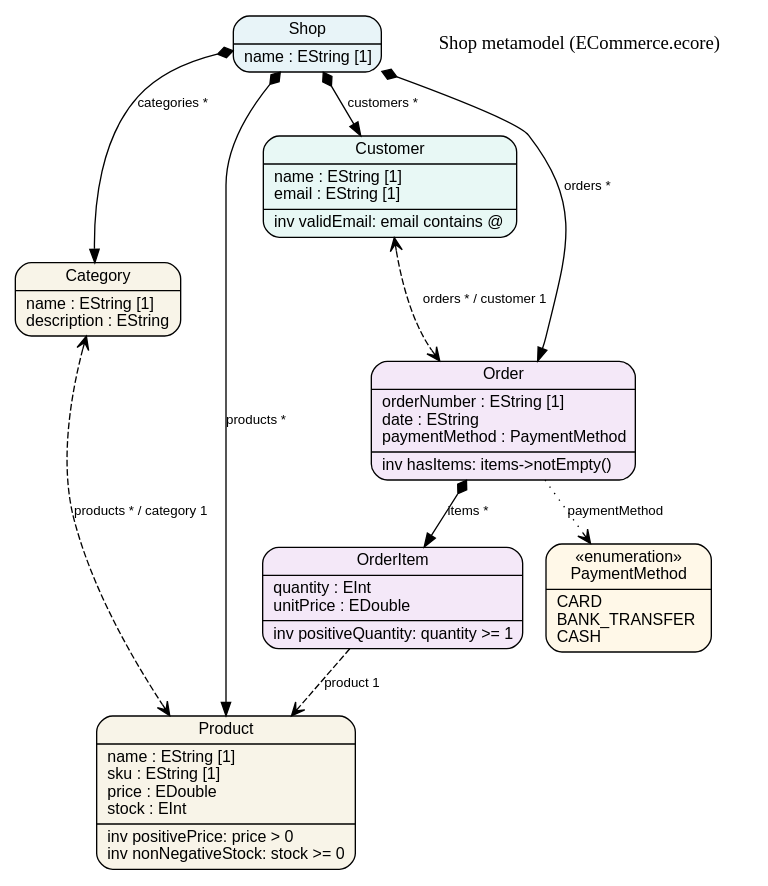
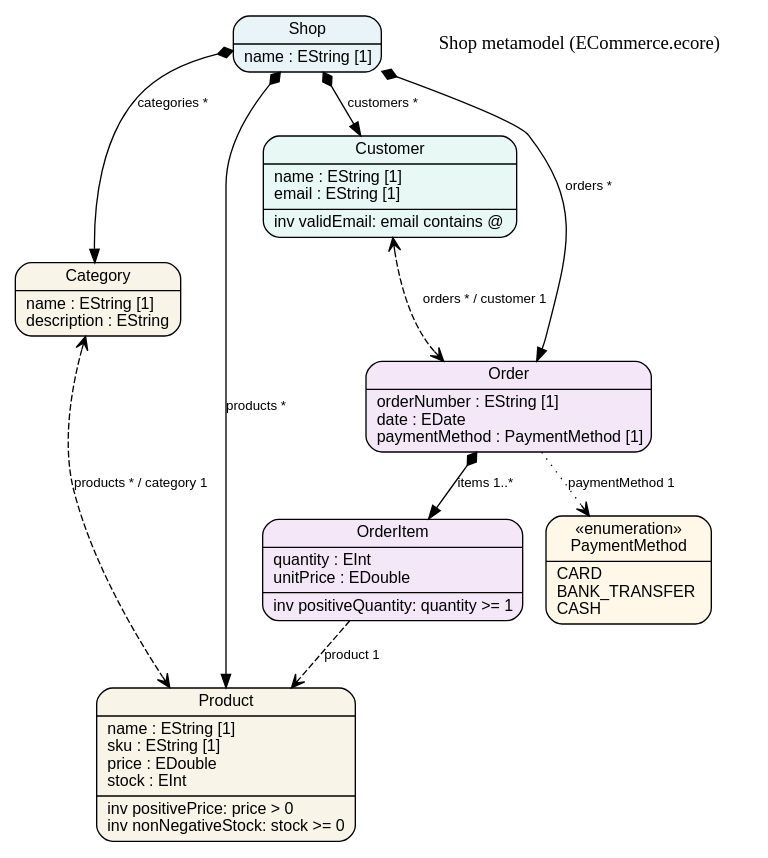
Before and after one commit to mipalgu/swift-modelling: the diagram in Sources/SwiftModelling/SwiftModelling.docc/Resources/ecommerce-metamodel.dot, drawn with Graphviz. The commit also changed 16 other files, not shown here.

```diff
--- a/Sources/SwiftModelling/SwiftModelling.docc/Resources/ecommerce-metamodel.dot
+++ b/Sources/SwiftModelling/SwiftModelling.docc/Resources/ecommerce-metamodel.dot
@@ -1,27 +1,27 @@
 digraph EcommerceMetamodel {
     bgcolor="white"
     fontname="Arial"
     rankdir=TB
     node [shape=record, style="filled,rounded", fontname="Arial", fontsize=12]
     edge [fontname="Arial", fontsize=10]
 
     shop [label="{Shop|name : EString [1]\l}" fillcolor="#e8f4f8"]
     category [label="{Category|name : EString [1]\ldescription : EString\l}" fillcolor="#f8f4e8"]
     product [label="{Product|name : EString [1]\lsku : EString [1]\lprice : EDouble\lstock : EInt\l|inv positivePrice: price \> 0\linv nonNegativeStock: stock \>= 0\l}" fillcolor="#f8f4e8"]
     customer [label="{Customer|name : EString [1]\lemail : EString [1]\l|inv validEmail: email contains @\l}" fillcolor="#e8f8f5"]
-    order [label="{Order|orderNumber : EString [1]\ldate : EString\lpaymentMethod : PaymentMethod\l|inv hasItems: items-\>notEmpty()\l}" fillcolor="#f4e8f8"]
+    order [label="{Order|orderNumber : EString [1]\ldate : EDate\lpaymentMethod : PaymentMethod [1]\l}" fillcolor="#f4e8f8"]
     item [label="{OrderItem|quantity : EInt\lunitPrice : EDouble\l|inv positiveQuantity: quantity \>= 1\l}" fillcolor="#f4e8f8"]
     payment [label="{«enumeration»\nPaymentMethod|CARD\lBANK_TRANSFER\lCASH\l}" fillcolor="#fff8e8"]
 
     shop -> category [label="categories *" arrowtail=diamond dir=both]
     shop -> product [label="products *" arrowtail=diamond dir=both]
     shop -> customer [label="customers *" arrowtail=diamond dir=both]
     shop -> order [label="orders *" arrowtail=diamond dir=both]
-    order -> item [label="items *" arrowtail=diamond dir=both]
+    order -> item [label="items 1..*" arrowtail=diamond dir=both]
     category -> product [label="products * / category 1" dir=both arrowtail=open arrowhead=open style=dashed]
     customer -> order [label="orders * / customer 1" dir=both arrowtail=open arrowhead=open style=dashed]
     item -> product [label="product 1" arrowhead=open style=dashed]
-    order -> payment [label="paymentMethod" arrowhead=open style=dotted]
+    order -> payment [label="paymentMethod 1" arrowhead=open style=dotted]
 
     legendTitle [label="Shop metamodel (ECommerce.ecore)" shape=plaintext style="" fontname="Arial Bold" fontsize=14]
 }
```
